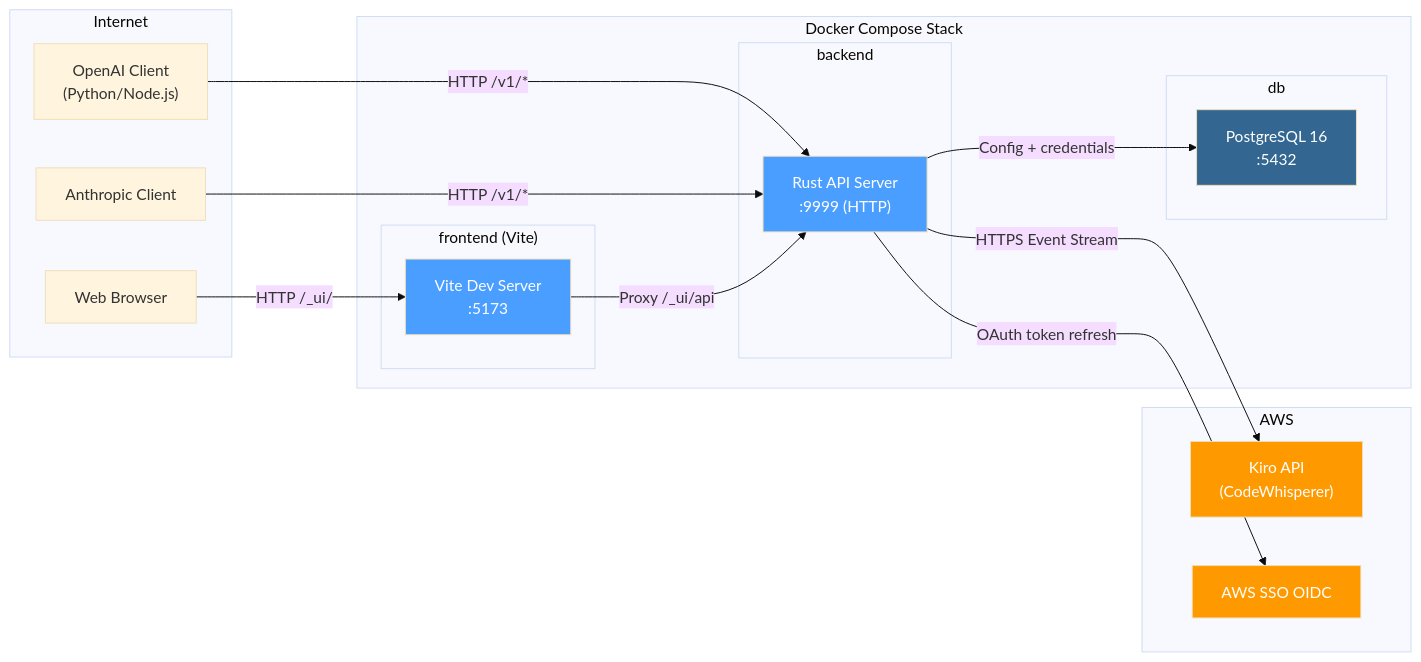
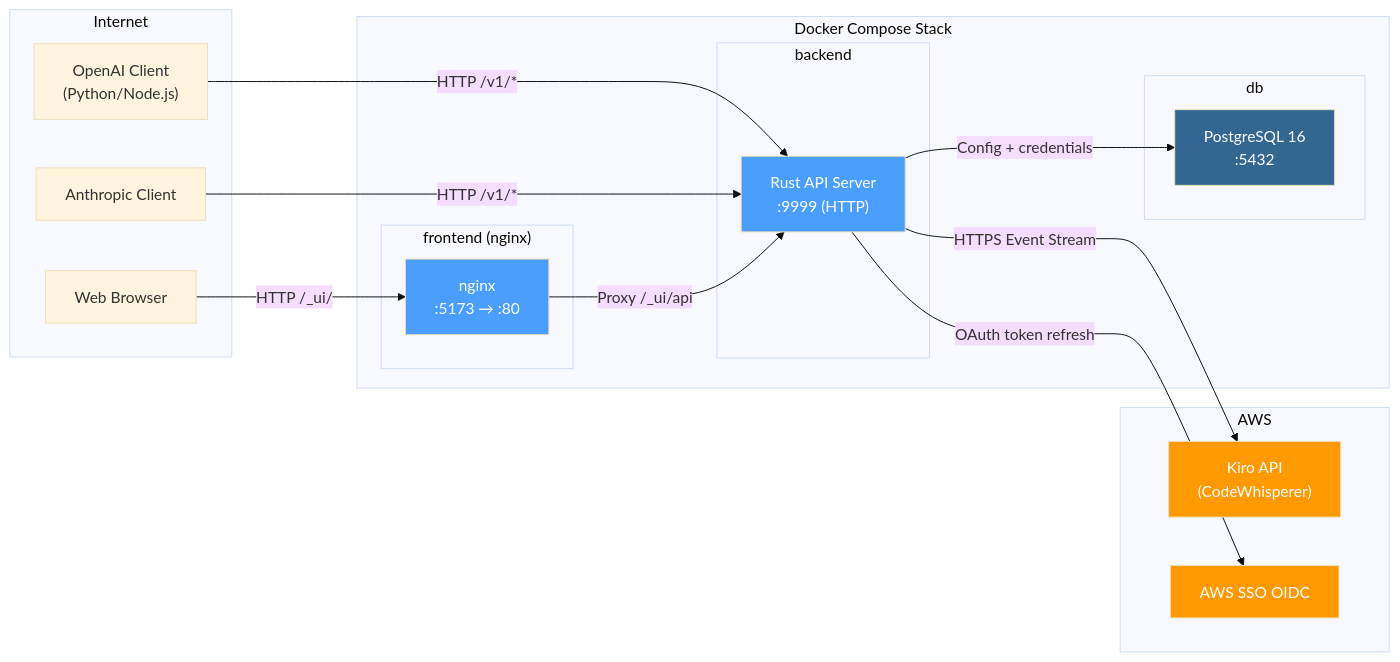
Before and after one commit to if414013/harbangan: the diagram in gh-pages/docs/deployment.md, drawn with Mermaid (base theme). The commit also changed other lines of this file and 8 other files, not shown here.

````diff
--- a/gh-pages/docs/deployment.md
+++ b/gh-pages/docs/deployment.md
@@ -136,40 +140,40 @@
 ```mermaid
 graph LR
     subgraph Internet
         client1["OpenAI Client<br/>(Python/Node.js)"]
         client2["Anthropic Client"]
         client3["Web Browser"]
     end
 
     subgraph Docker["Docker Compose Stack"]
-        subgraph frontend_container["frontend (Vite)"]
-            vite["Vite Dev Server<br/>:5173"]
+        subgraph frontend_container["frontend (nginx)"]
+            vite["nginx<br/>:5173 → :80"]
         end
         subgraph backend_container["backend"]
             gw["Rust API Server<br/>:9999 (HTTP)"]
         end
         subgraph db_container["db"]
             pg["PostgreSQL 16<br/>:5432"]
         end
     end
 
     subgraph AWS["AWS"]
         kiro["Kiro API<br/>(CodeWhisperer)"]
         sso["AWS SSO OIDC"]
     end
 
     client1 -->|"HTTP /v1/*"| gw
     client2 -->|"HTTP /v1/*"| gw
     client3 -->|"HTTP /_ui/"| vite
 
     vite -->|"Proxy /_ui/api"| gw
     gw -->|"HTTPS Event Stream"| kiro
     gw -->|"OAuth token refresh"| sso
     gw -->|"Config + credentials"| pg
 
     style vite fill:#4a9eff,color:#fff
     style gw fill:#4a9eff,color:#fff
     style pg fill:#336791,color:#fff
     style kiro fill:#ff9900,color:#fff
     style sso fill:#ff9900,color:#fff
 ```
````
